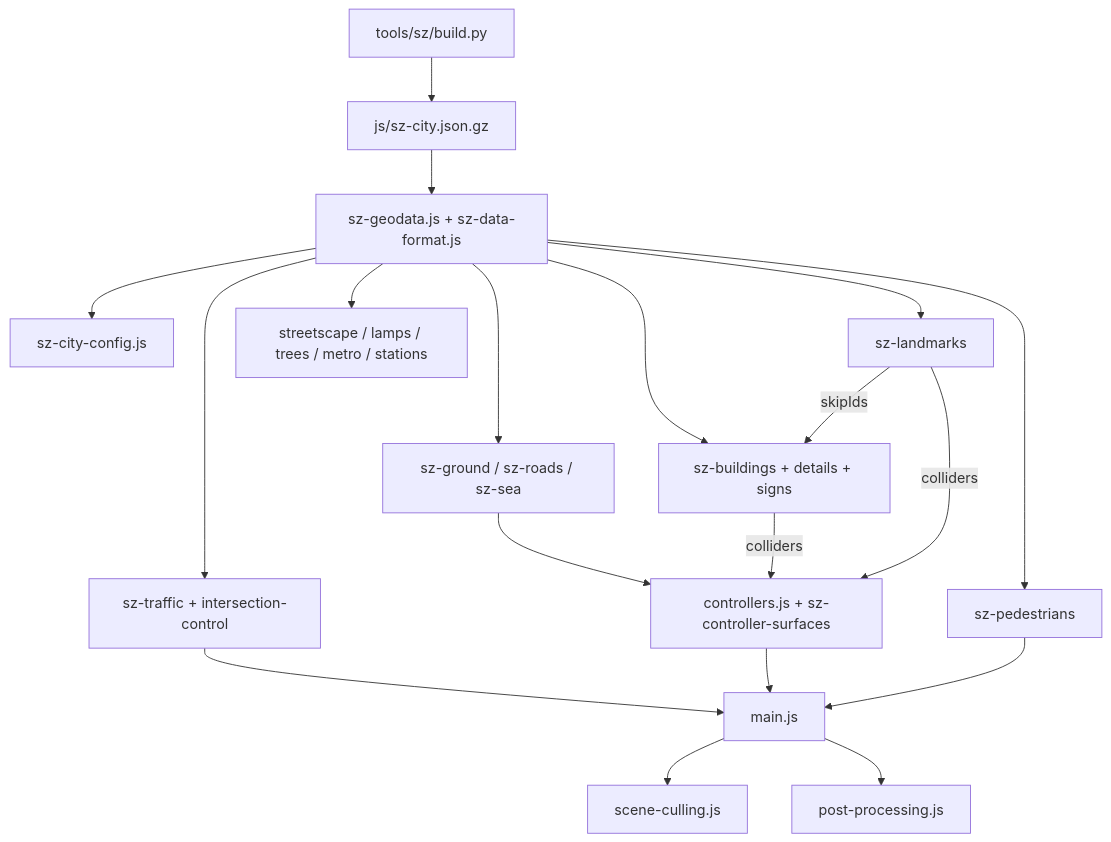
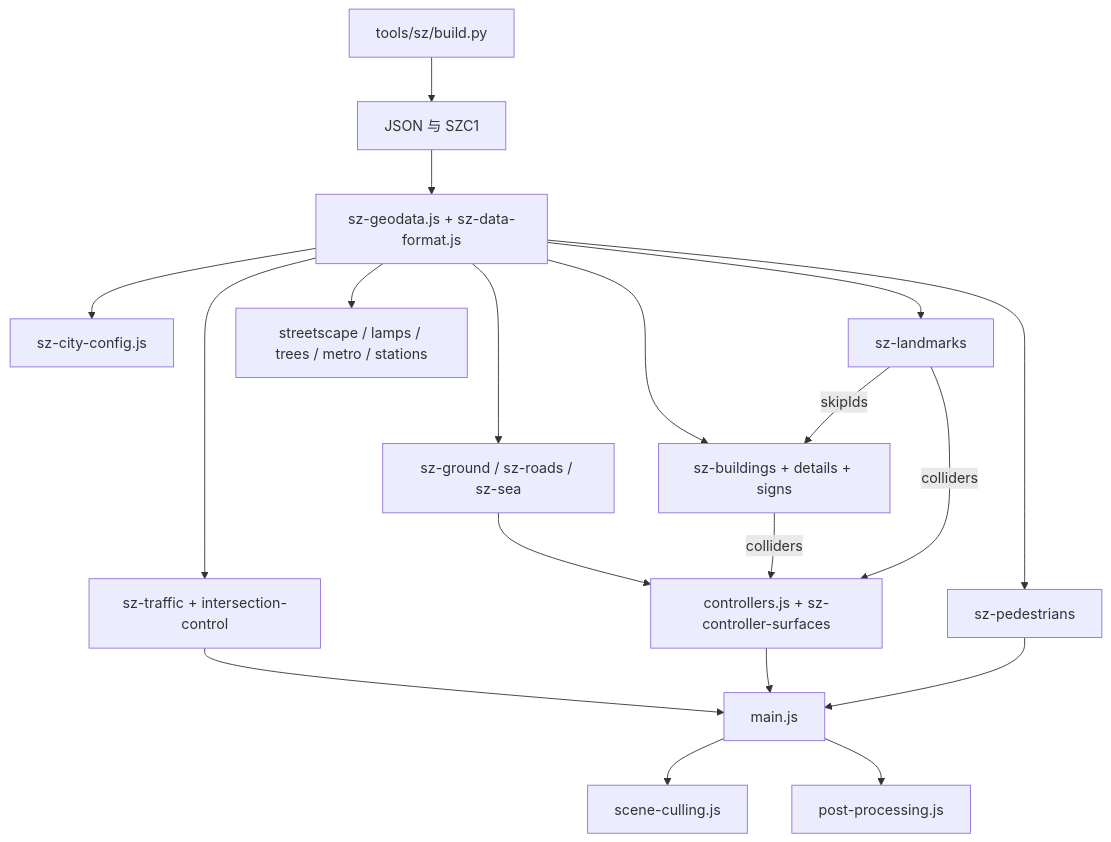
The diagram in docs/01-ARCHITECTURE.md (skyh24/slop-shenzhen), drawn with Mermaid before and after one commit. The commit also changed other lines of this file and 30 other files, not shown here.

````diff
--- a/docs/01-ARCHITECTURE.md
+++ b/docs/01-ARCHITECTURE.md
@@ -56,21 +58,21 @@
 ```mermaid
 flowchart TD
-  build[tools/sz/build.py] --> pack[js/sz-city.json.gz]
+  build[tools/sz/build.py] --> pack[JSON 与 SZC1]
   pack --> geo[sz-geodata.js + sz-data-format.js]
   geo --> cfg[sz-city-config.js]
   geo --> ground[sz-ground / sz-roads / sz-sea]
   geo --> bld[sz-buildings + details + signs]
   geo --> lm[sz-landmarks]
   lm -->|skipIds| bld
   geo --> street[streetscape / lamps / trees / metro / stations]
   geo --> traffic[sz-traffic + intersection-control]
   geo --> peds[sz-pedestrians]
   ground --> ctrl[controllers.js + sz-controller-surfaces]
   bld -->|colliders| ctrl
   lm -->|colliders| ctrl
   traffic --> main[main.js]
   ctrl --> main
   peds --> main
   main --> cull[scene-culling.js]
   main --> post[post-processing.js]
 ```
````
